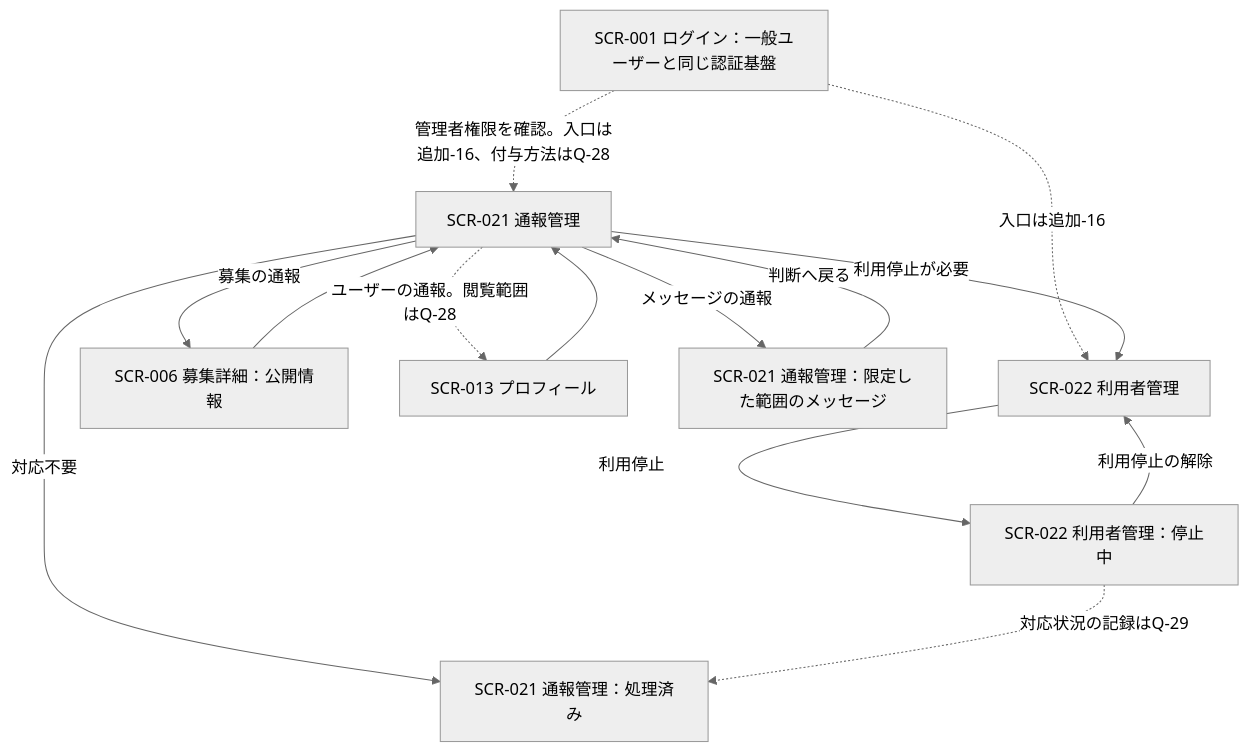
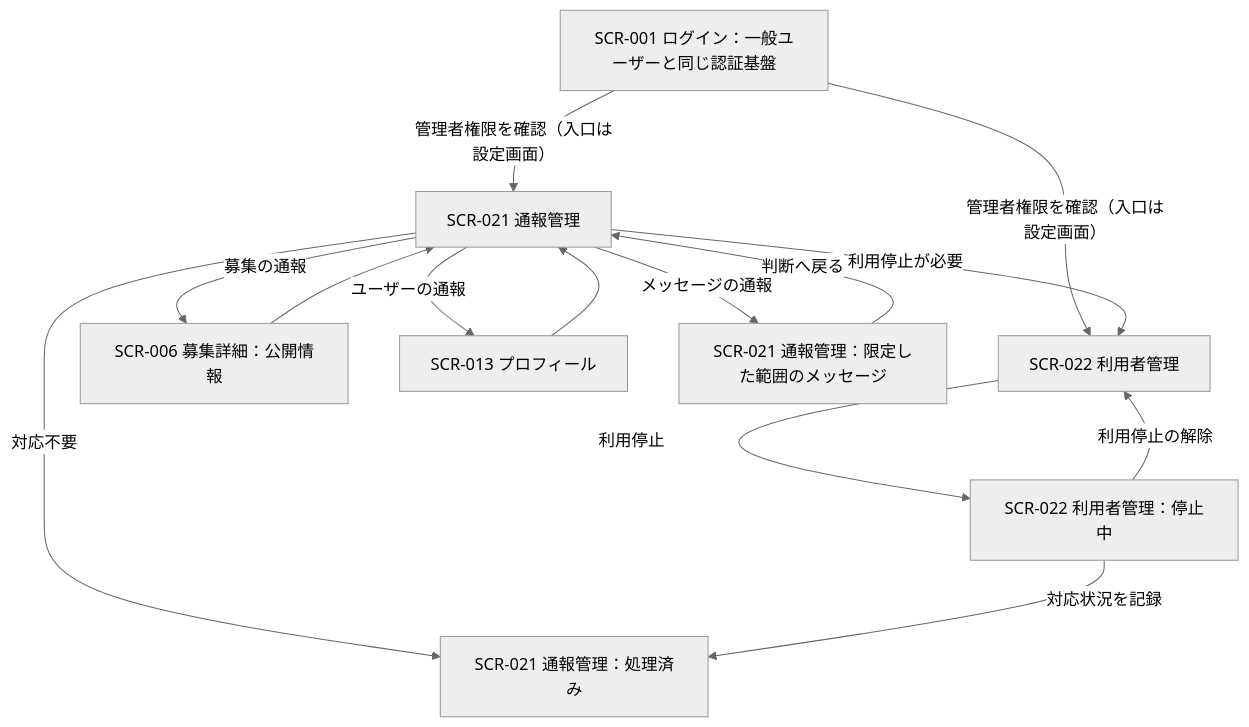
The seventh of 8 diagrams in docs/10_画面一覧.md (sysnovastudio-byte/nagoya-volleyball-matching), drawn with Mermaid (neutral theme) before and after one commit. The commit also changed other lines of this file and 10 other files, not shown here.

````diff
--- a/docs/10_画面一覧.md
+++ b/docs/10_画面一覧.md
@@ -369,16 +370,16 @@
 ```mermaid
 flowchart TD
-    G1["SCR-001 ログイン：一般ユーザーと同じ認証基盤"] -.->|"管理者権限を確認。入口は追加-16、付与方法はQ-28"| G2["SCR-021 通報管理"]
-    G1 -.->|"入口は追加-16"| G5["SCR-022 利用者管理"]
+    G1["SCR-001 ログイン：一般ユーザーと同じ認証基盤"] -->|"管理者権限を確認（入口は設定画面）"| G2["SCR-021 通報管理"]
+    G1 -->|"管理者権限を確認（入口は設定画面）"| G5["SCR-022 利用者管理"]
     G2 -->|"募集の通報"| G3["SCR-006 募集詳細：公開情報"]
-    G2 -.->|"ユーザーの通報。閲覧範囲はQ-28"| G4["SCR-013 プロフィール"]
+    G2 -->|"ユーザーの通報"| G4["SCR-013 プロフィール"]
     G2 -->|"メッセージの通報"| G6["SCR-021 通報管理：限定した範囲のメッセージ"]
     G3 --> G2
     G4 --> G2
     G6 -->|"判断へ戻る"| G2
     G2 -->|"対応不要"| G7["SCR-021 通報管理：処理済み"]
     G2 -->|"利用停止が必要"| G5
     G5 -->|"利用停止"| G8["SCR-022 利用者管理：停止中"]
     G8 -->|"利用停止の解除"| G5
-    G8 -.->|"対応状況の記録はQ-29"| G7
+    G8 -->|"対応状況を記録"| G7
 ```
````
